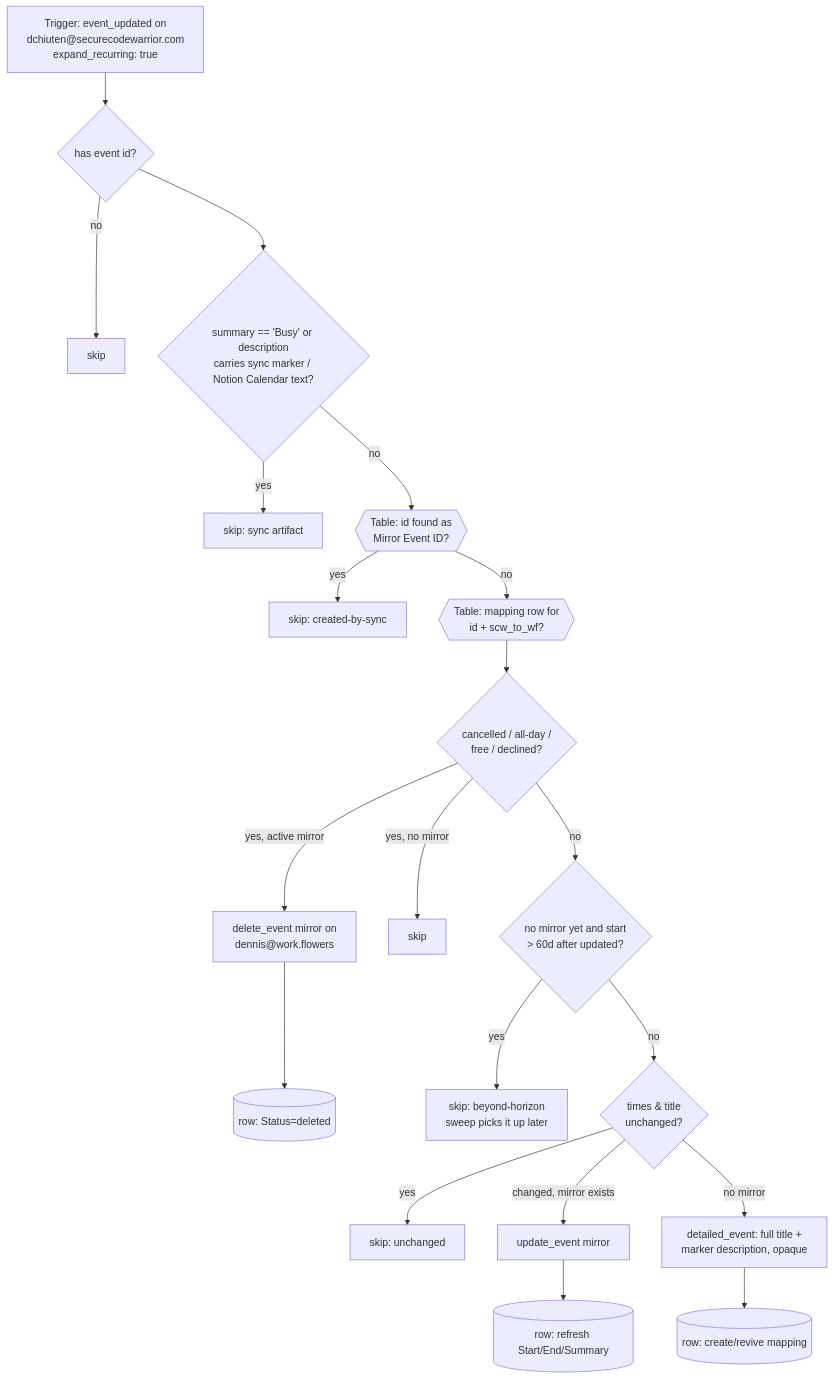
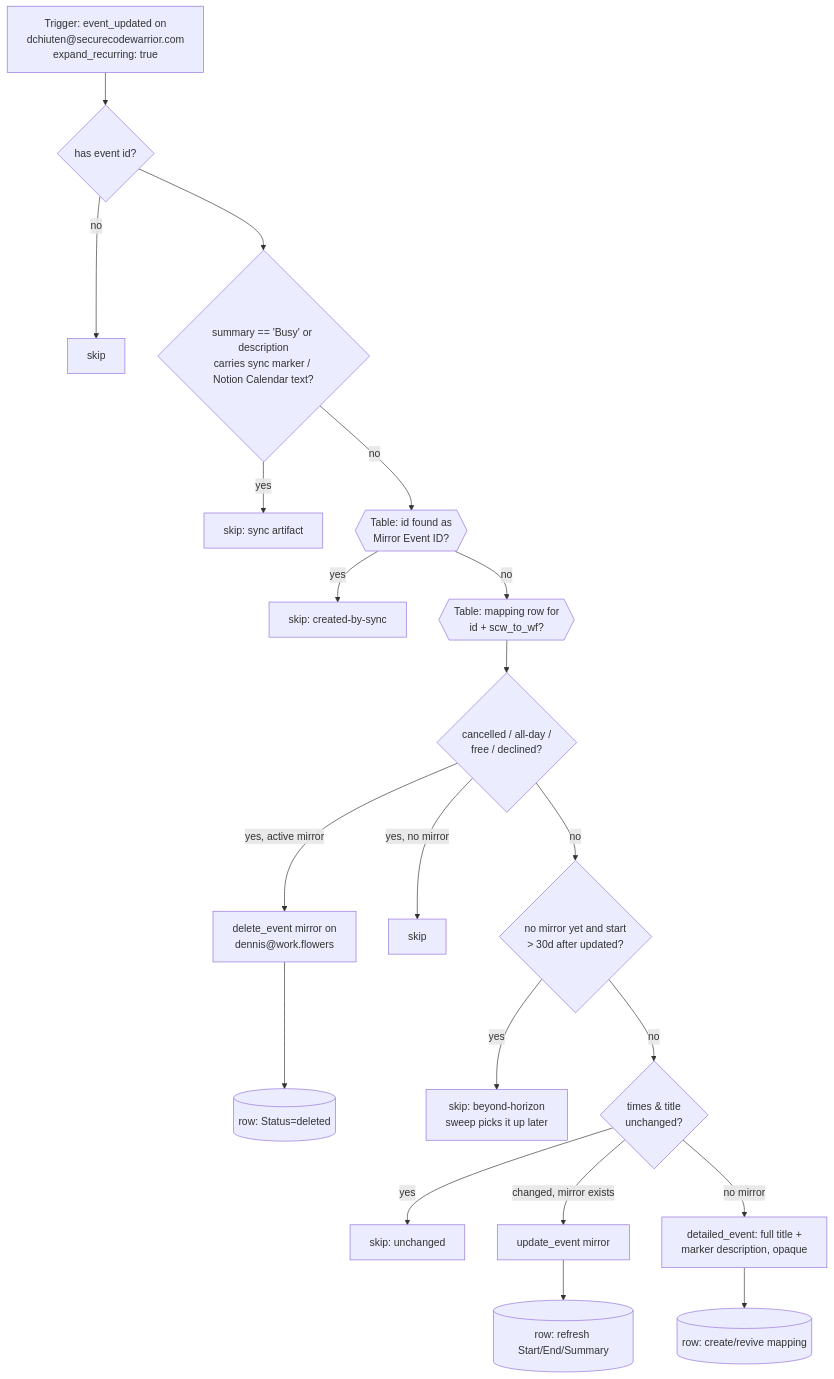
One commit to work-flowers/zapier-sdk changed the diagram in scw-events-to-workflowers-block/README.md. Above: the diagram before and after it, drawn with Mermaid. The commit also changed other lines of this file and 10 other files, not shown here.

````diff
--- a/scw-events-to-workflowers-block/README.md
+++ b/scw-events-to-workflowers-block/README.md
@@ -7,19 +7,19 @@
 ```mermaid
 flowchart TD
     T[Trigger: event_updated on\ndchiuten@securecodewarrior.com\nexpand_recurring: true] --> G0{has event id?}
     G0 -- no --> S0[skip]
     G0 --> G1{summary == 'Busy' or description\ncarries sync marker / Notion Calendar text?}
     G1 -- yes --> S1[skip: sync artifact]
     G1 -- no --> G2{{Table: id found as\nMirror Event ID?}}
     G2 -- yes --> S2[skip: created-by-sync]
     G2 -- no --> L{{Table: mapping row for\nid + scw_to_wf?}}
     L --> C{cancelled / all-day /\nfree / declined?}
     C -- "yes, active mirror" --> D[delete_event mirror on\ndennis@work.flowers] --> DR[(row: Status=deleted)]
     C -- "yes, no mirror" --> S3[skip]
-    C -- no --> H{no mirror yet and start\n> 60d after updated?}
+    C -- no --> H{no mirror yet and start\n> 30d after updated?}
     H -- yes --> S4[skip: beyond-horizon\nsweep picks it up later]
     H -- no --> U{times & title\nunchanged?}
     U -- yes --> S5[skip: unchanged]
     U -- "changed, mirror exists" --> UP[update_event mirror] --> UR[(row: refresh Start/End/Summary)]
     U -- "no mirror" --> CR[detailed_event: full title +\nmarker description, opaque] --> RR[(row: create/revive mapping)]
 ```
````
